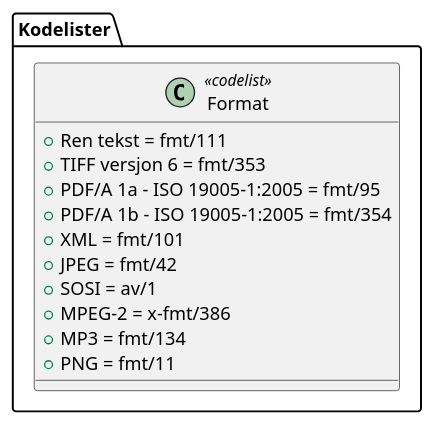
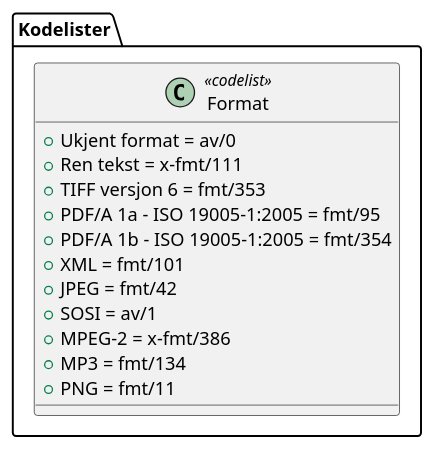
The diagram in kapitler/media/uml-codelist-format.iuml (arkivverket/noark5-tjenestegrensesnitt-standard), drawn with PlantUML before and after one commit. The commit also changed 1 other file, not shown here.

Commit message:
Oppdaterte UML fra kapittel 7.

```diff
--- a/kapitler/media/uml-codelist-format.iuml
+++ b/kapitler/media/uml-codelist-format.iuml
@@ -1,14 +1,15 @@
 @startuml
 class Kodelister.Format <<codelist>> {
-  +Ren tekst = fmt/111
+  +Ukjent format = av/0
+  +Ren tekst = x-fmt/111
   +TIFF versjon 6 = fmt/353
   +PDF/A 1a - ISO 19005-1:2005 = fmt/95
   +PDF/A 1b - ISO 19005-1:2005 = fmt/354
   +XML = fmt/101
   +JPEG = fmt/42
   +SOSI = av/1
   +MPEG-2 = x-fmt/386
   +MP3 = fmt/134
   +PNG = fmt/11
 }
 @enduml
```
